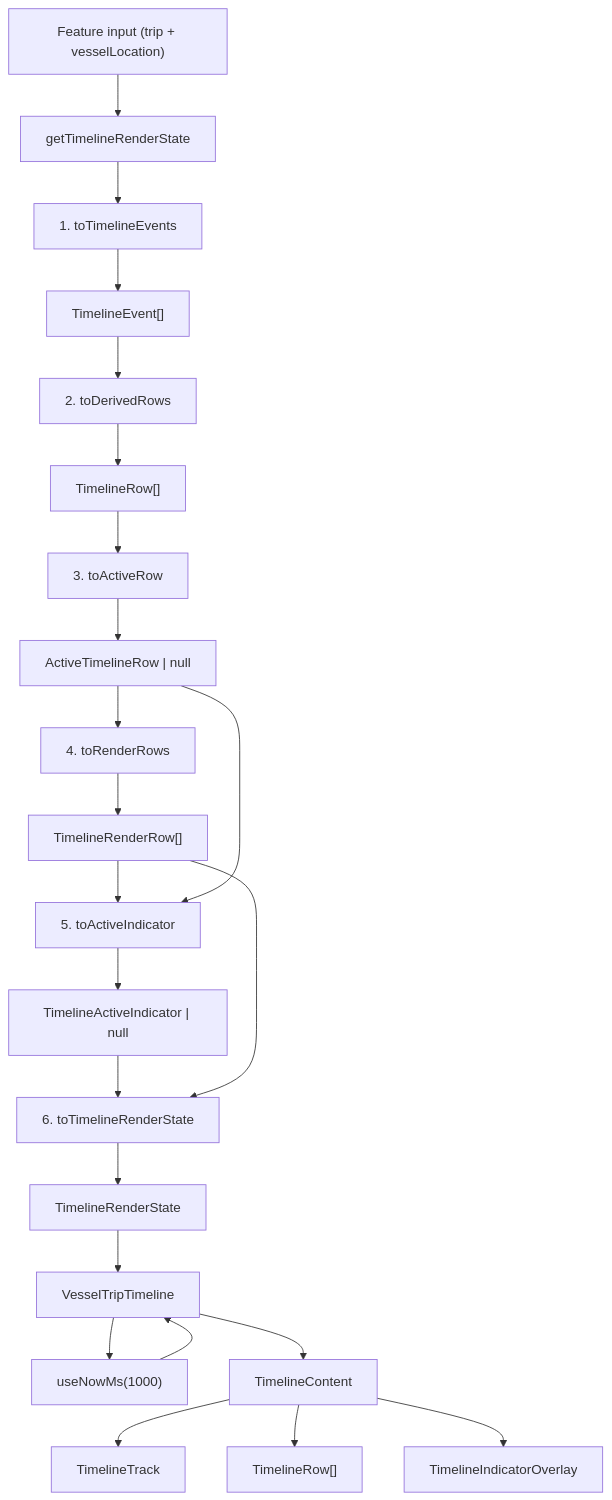
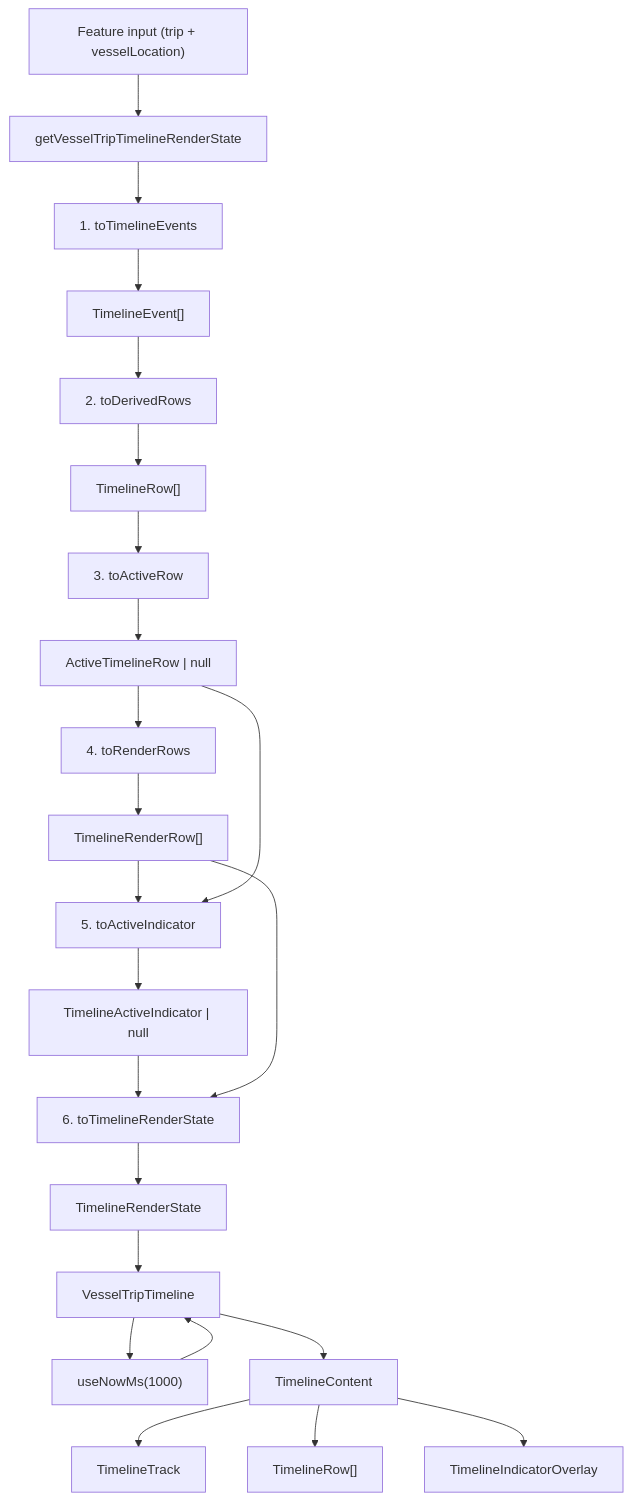
One commit to RobJacobson/ferryjoy-client-neo changed the diagram in src/features/VesselTripTimeline/LAYOUT_ARCHITECTURE.md. Above: the diagram before and after it, drawn with Mermaid. The commit also changed other lines of this file and 16 other files, not shown here.

First line of the commit message:
refactor: standardize VesselTripTimeline on renderPipeline naming

````diff
--- a/src/features/VesselTripTimeline/LAYOUT_ARCHITECTURE.md
+++ b/src/features/VesselTripTimeline/LAYOUT_ARCHITECTURE.md
@@ -22,25 +22,25 @@
 ```mermaid
 flowchart TD
-  featureInput["Feature input (trip + vesselLocation)"] --> getRenderState["getTimelineRenderState"]
+  featureInput["Feature input (trip + vesselLocation)"] --> getRenderState["getVesselTripTimelineRenderState"]
   getRenderState --> toTimelineEvents["1. toTimelineEvents"]
   toTimelineEvents --> timelineEvents["TimelineEvent[]"]
   timelineEvents --> toDerivedRows["2. toDerivedRows"]
   toDerivedRows --> derivedRows["TimelineRow[]"]
   derivedRows --> toActiveRow["3. toActiveRow"]
   toActiveRow --> activeRow["ActiveTimelineRow | null"]
   activeRow --> toRenderRows["4. toRenderRows"]
   toRenderRows --> renderRows["TimelineRenderRow[]"]
   renderRows --> toActiveIndicator["5. toActiveIndicator"]
   activeRow --> toActiveIndicator
   toActiveIndicator --> activeIndicator["TimelineActiveIndicator | null"]
   activeIndicator --> toTimelineRenderState["6. toTimelineRenderState"]
   renderRows --> toTimelineRenderState
   toTimelineRenderState --> renderState["TimelineRenderState"]
   renderState --> timelineComponent["VesselTripTimeline"]
   timelineComponent --> localClock["useNowMs(1000)"]
   localClock --> timelineComponent
   timelineComponent --> timelineContent["TimelineContent"]
   timelineContent --> fullTrack["TimelineTrack"]
   timelineContent --> rowShells["TimelineRow[]"]
   timelineContent --> overlayLayer["TimelineIndicatorOverlay"]
 ```
````
